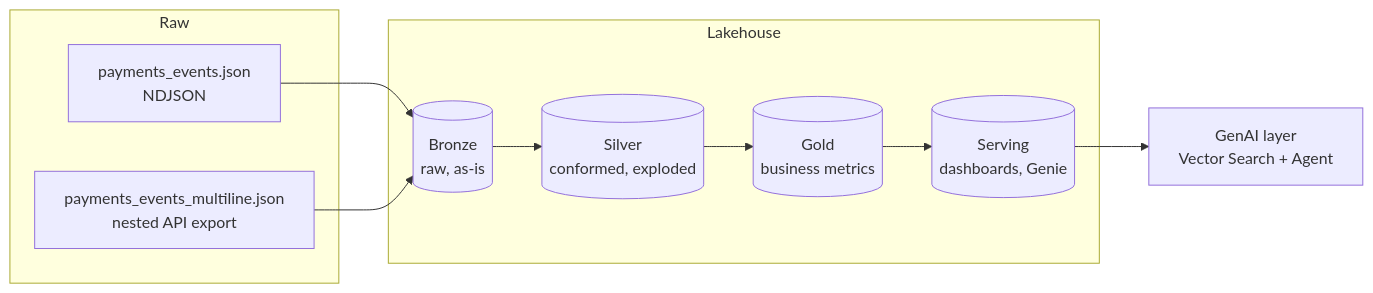
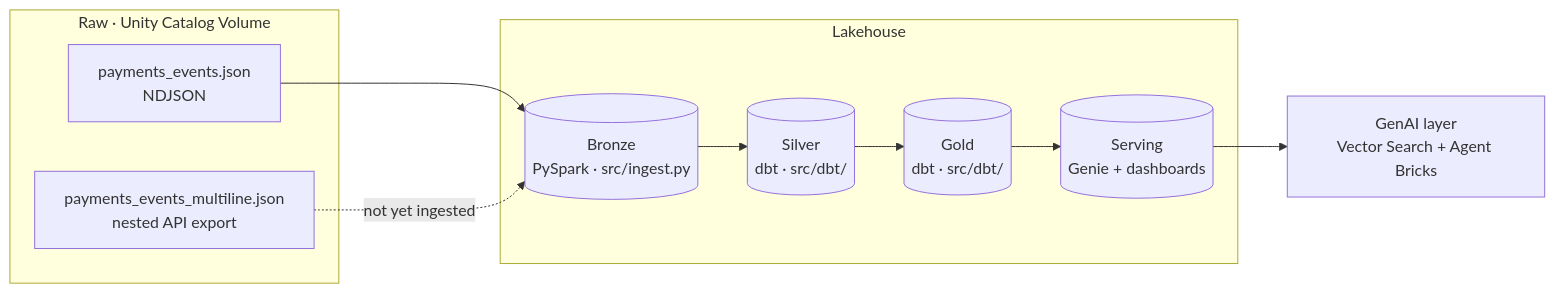
One commit to ChiragVenkateshaiah/novalake changed the diagram in README.md. Above: the diagram before and after it, drawn with Mermaid. The commit also changed other lines of this file and 22 other files, not shown here.

First line of the commit message:
feat(dab): pivot to DAB-from-v0.1 + dbt for Silver/Gold, Genie serving

````diff
--- a/README.md
+++ b/README.md
@@ -23,19 +26,19 @@
 ```mermaid
 flowchart LR
-    subgraph Raw
-        A[payments_events.json<br/>NDJSON]
-        B[payments_events_multiline.json<br/>nested API export]
+    subgraph Raw["Raw · Unity Catalog Volume"]
+        A["payments_events.json<br/>NDJSON"]
+        B["payments_events_multiline.json<br/>nested API export"]
     end
     subgraph Lakehouse
-        C[(Bronze<br/>raw, as-is)]
-        D[(Silver<br/>conformed, exploded)]
-        E[(Gold<br/>business metrics)]
-        F[(Serving<br/>dashboards, Genie)]
+        C[("Bronze<br/>PySpark · src/ingest.py")]
+        D[("Silver<br/>dbt · src/dbt/")]
+        E[("Gold<br/>dbt · src/dbt/")]
+        F[("Serving<br/>Genie + dashboards")]
     end
-    G[GenAI layer<br/>Vector Search + Agent]
+    G["GenAI layer<br/>Vector Search + Agent Bricks"]
 
     A --> C
-    B --> C
+    B -.not yet ingested.-> C
     C --> D --> E --> F
     F --> G
 ```
````
